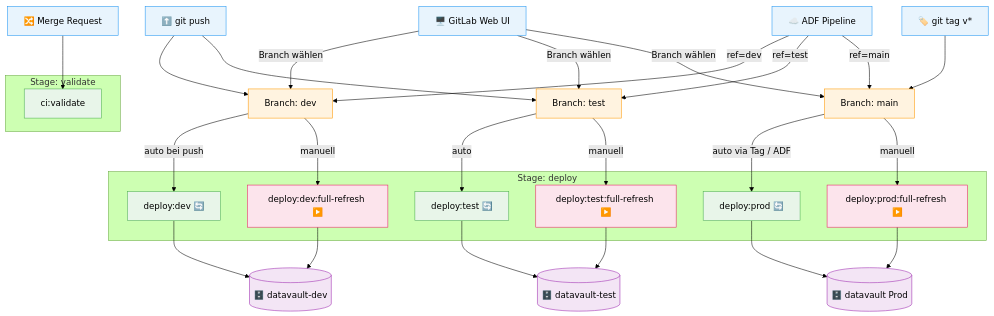
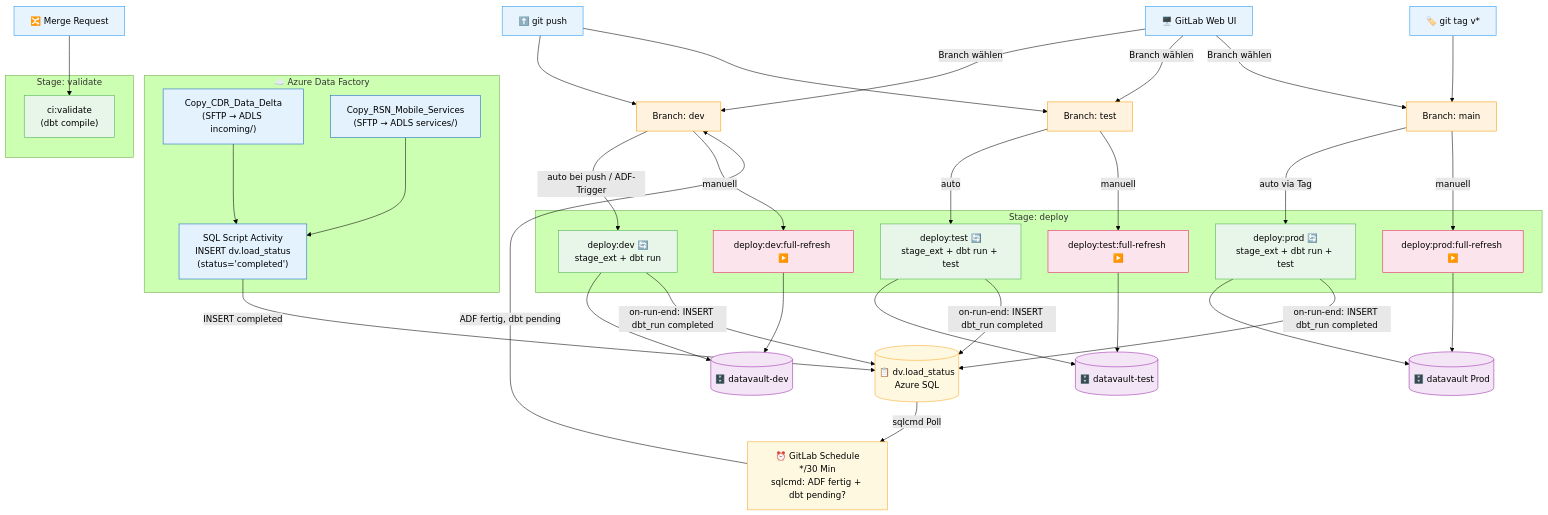
One commit to fellnerd/datavault-dbt changed the diagram in design/ci-cd-pipeline.mmd. Above: the diagram before and after it, drawn with Mermaid (forest theme). The commit also changed 11 other files, not shown here.

First line of the commit message:
refactor: rename mart/mobile -> mart/telecom (schema: mart_telecom)

```diff
--- a/design/ci-cd-pipeline.mmd
+++ b/design/ci-cd-pipeline.mmd
@@ -1,79 +1,102 @@
 flowchart TD
     %% ─── Trigger Sources ───────────────────────────────────────────
     GIT_PUSH["⬆️ git push"]
     WEB_UI["🖥️ GitLab Web UI"]
-    ADF["☁️ ADF Pipeline"]
     TAG["🏷️ git tag v*"]
     MR["🔀 Merge Request"]
+
+    %% ─── ADF Layer ──────────────────────────────────────────────────
+    subgraph ADF_LAYER["☁️ Azure Data Factory"]
+        ADF_CDR["Copy_CDR_Data_Delta\n(SFTP → ADLS incoming/)"]
+        ADF_SERVICES["Copy_RSN_Mobile_Services\n(SFTP → ADLS services/)"]
+        ADF_SQL["SQL Script Activity\nINSERT dv.load_status\n(status='completed')"]
+    end
+
+    %% ─── Load Status (SQL) ──────────────────────────────────────────
+    LOAD_STATUS[("📋 dv.load_status\nAzure SQL")]
+
+    %% ─── GitLab Trigger ─────────────────────────────────────────────
+    GL_SCHEDULE["⏰ GitLab Schedule\n*/30 Min\nsqlcmd: ADF fertig + dbt pending?"]
 
     %% ─── Branches ──────────────────────────────────────────────────
     BRANCH_DEV["Branch: dev"]
     BRANCH_TEST["Branch: test"]
     BRANCH_MAIN["Branch: main"]
 
     %% ─── Stage: validate ───────────────────────────────────────────
     subgraph VALIDATE["Stage: validate"]
-        CI_VALIDATE["ci:validate"]
+        CI_VALIDATE["ci:validate\n(dbt compile)"]
     end
 
     %% ─── Stage: deploy ─────────────────────────────────────────────
     subgraph DEPLOY["Stage: deploy"]
-        DEV["deploy:dev 🔄"]
+        DEV["deploy:dev 🔄\nstage_ext + dbt run"]
         DEV_FR["deploy:dev:full-refresh ▶️"]
 
-        TEST["deploy:test 🔄"]
+        TEST["deploy:test 🔄\nstage_ext + dbt run + test"]
         TEST_FR["deploy:test:full-refresh ▶️"]
 
-        PROD["deploy:prod 🔄"]
+        PROD["deploy:prod 🔄\nstage_ext + dbt run + test"]
         PROD_FR["deploy:prod:full-refresh ▶️"]
     end
 
     %% ─── Target Databases ──────────────────────────────────────────
     DB_DEV[("🗄️ datavault-dev")]
     DB_TEST[("🗄️ datavault-test")]
     DB_PROD[("🗄️ datavault Prod")]
 
-    %% ─── Trigger → Branch ──────────────────────────────────────────
-    MR --> CI_VALIDATE
+    %% ─── ADF → load_status → GitLab (automatischer Trigger) ────────
+    ADF_CDR --> ADF_SQL
+    ADF_SERVICES --> ADF_SQL
+    ADF_SQL -->|INSERT completed| LOAD_STATUS
+    LOAD_STATUS -->|sqlcmd Poll| GL_SCHEDULE
+    GL_SCHEDULE -->|ADF fertig, dbt pending| BRANCH_DEV
+
+    %% ─── Manueller Trigger ──────────────────────────────────────────
     GIT_PUSH --> BRANCH_DEV
     GIT_PUSH --> BRANCH_TEST
     TAG --> BRANCH_MAIN
-
+    MR --> CI_VALIDATE
     WEB_UI -->|Branch wählen| BRANCH_DEV
     WEB_UI -->|Branch wählen| BRANCH_TEST
     WEB_UI -->|Branch wählen| BRANCH_MAIN
 
-    ADF -->|ref=dev| BRANCH_DEV
-    ADF -->|ref=test| BRANCH_TEST
-    ADF -->|ref=main| BRANCH_MAIN
-
     %% ─── Branch → Job ──────────────────────────────────────────────
-    BRANCH_DEV -->|auto bei push| DEV
+    BRANCH_DEV -->|auto bei push / ADF-Trigger| DEV
     BRANCH_DEV -->|manuell| DEV_FR
 
     BRANCH_TEST -->|auto| TEST
     BRANCH_TEST -->|manuell| TEST_FR
 
-    BRANCH_MAIN -->|auto via Tag / ADF| PROD
+    BRANCH_MAIN -->|auto via Tag| PROD
     BRANCH_MAIN -->|manuell| PROD_FR
 
     %% ─── Job → DB ──────────────────────────────────────────────────
     DEV --> DB_DEV
     DEV_FR --> DB_DEV
     TEST --> DB_TEST
     TEST_FR --> DB_TEST
     PROD --> DB_PROD
     PROD_FR --> DB_PROD
 
+    %% ─── dbt on-run-end → load_status ──────────────────────────────
+    DEV -->|on-run-end: INSERT dbt_run completed| LOAD_STATUS
+    TEST -->|on-run-end: INSERT dbt_run completed| LOAD_STATUS
+    PROD -->|on-run-end: INSERT dbt_run completed| LOAD_STATUS
+
     %% ─── Styles ────────────────────────────────────────────────────
     classDef trigger fill:#e8f4fd,stroke:#2196F3,color:#000
+    classDef adf fill:#e3f2fd,stroke:#1565C0,color:#000
+    classDef status fill:#fff8e1,stroke:#F9A825,color:#000
     classDef branch fill:#fff3e0,stroke:#FF9800,color:#000
     classDef job fill:#e8f5e9,stroke:#4CAF50,color:#000
     classDef job_fr fill:#fce4ec,stroke:#E91E63,color:#000
     classDef db fill:#f3e5f5,stroke:#9C27B0,color:#000
 
-    class GIT_PUSH,WEB_UI,ADF,TAG,MR trigger
+    class GIT_PUSH,WEB_UI,TAG,MR trigger
+    class ADF_CDR,ADF_SERVICES,ADF_SQL adf
+    class LOAD_STATUS,GL_SCHEDULE status
     class BRANCH_DEV,BRANCH_TEST,BRANCH_MAIN branch
     class CI_VALIDATE,DEV,TEST,PROD job
     class DEV_FR,TEST_FR,PROD_FR job_fr
     class DB_DEV,DB_TEST,DB_PROD db
```
